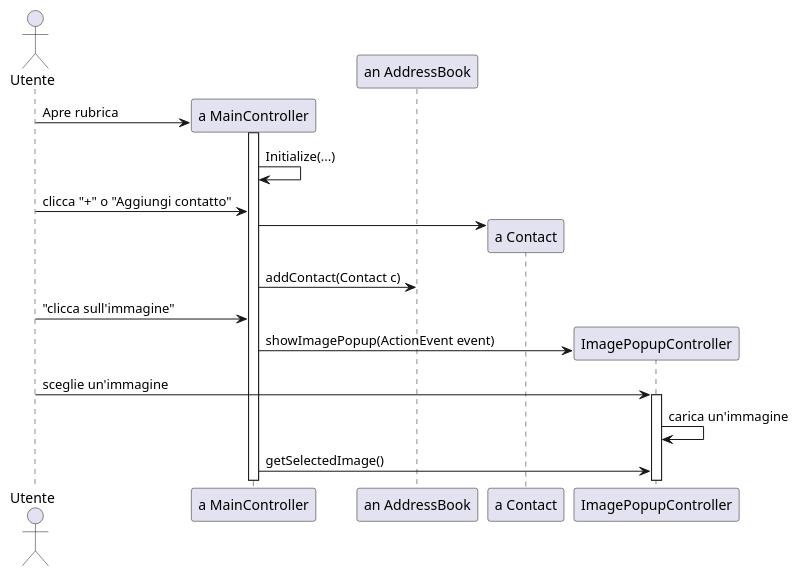
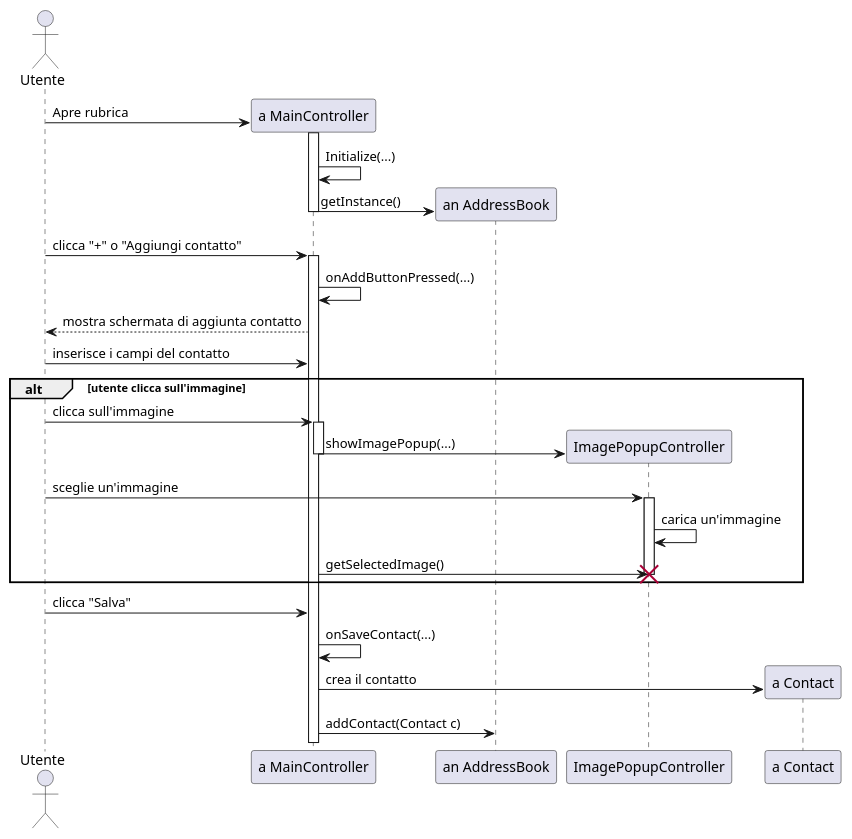
One commit to savaava/ProgettoRubrica changed the diagram in documenti/diagrammaSequenzaC1AggiungereContatto.puml. Above: the diagram before and after it, drawn with PlantUML. The commit also changed 3 other files, not shown here.

Commit message:
update daigrammi di sequenza C1,C6 + aggiunta nuovo diagramma classi e C2C3

```diff
--- a/documenti/diagrammaSequenzaC1AggiungereContatto.puml
+++ b/documenti/diagrammaSequenzaC1AggiungereContatto.puml
@@ -1,26 +1,38 @@
 @startuml AggiungereContatto
 
 actor Utente as u  
 participant "a MainController" as mc 
 participant "an AddressBook" as ab 
+participant "ImagePopupController" as ipc
+participant "a Contact" as c
 
 u -> mc ** : Apre rubrica
 activate mc 
 mc -> mc : Initialize(...)
+mc -> ab ** : getInstance()
+deactivate mc
+
 u -> mc :  clicca "+" o "Aggiungi contatto"
+activate mc 
+mc -> mc : onAddButtonPressed(...)
+mc --> u : mostra schermata di aggiunta contatto
+u -> mc : inserisce i campi del contatto
 
+alt utente clicca sull'immagine
+u -> mc : clicca sull'immagine
+activate mc
+mc -> ipc ** : showImagePopup(...)
+deactivate mc
+u -> ipc : sceglie un'immagine
+activate ipc
+ipc -> ipc : carica un'immagine
+mc -> ipc : getSelectedImage()
+destroy ipc
+end
 
-mc -> "a Contact" **
-deactivate "a Contact"
+u -> mc : clicca "Salva"
+mc -> mc : onSaveContact(...)
+mc -> c ** : crea il contatto
 mc -> ab : addContact(Contact c)
-u -> mc : "clicca sull'immagine"
-mc -> "ImagePopupController" ** : showImagePopup(ActionEvent event)
-u -> "ImagePopupController" : sceglie un'immagine
-activate "ImagePopupController"
-"ImagePopupController" -> "ImagePopupController" : carica un'immagine
-mc -> "ImagePopupController" : getSelectedImage() 
-
-
-
 
 @enduml
```
